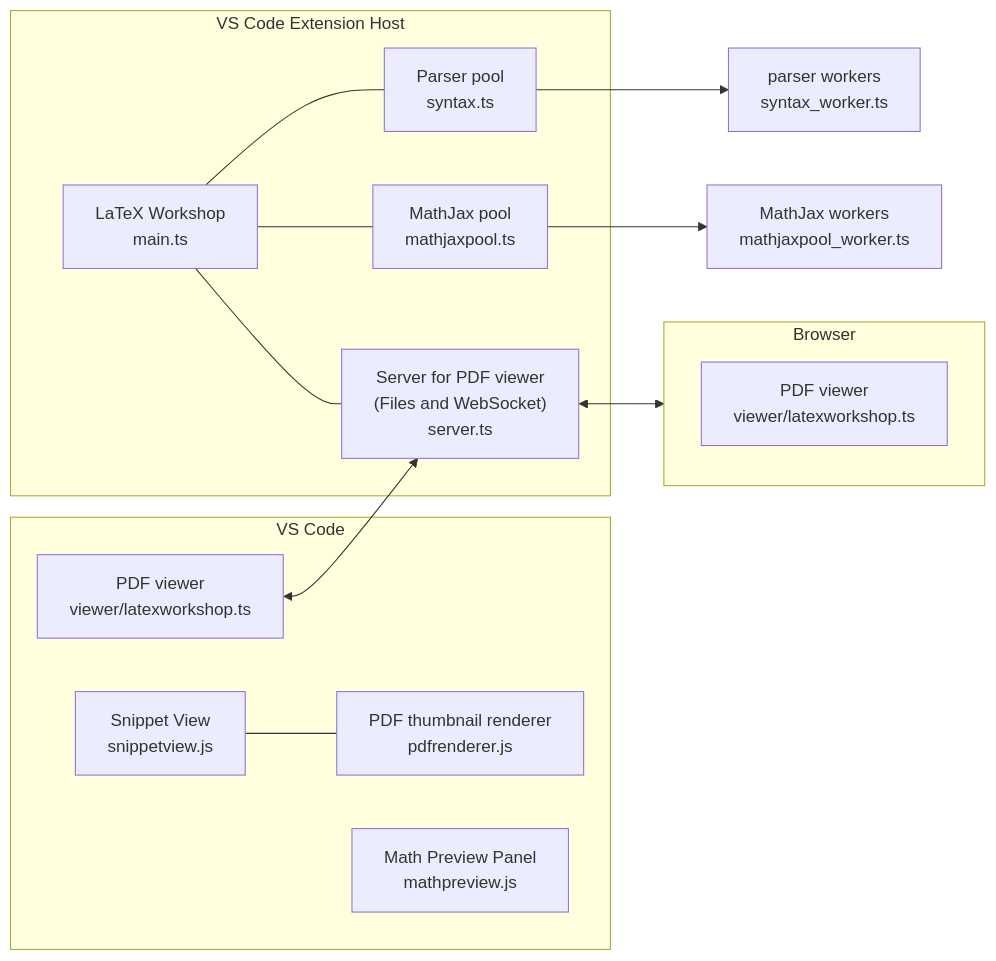
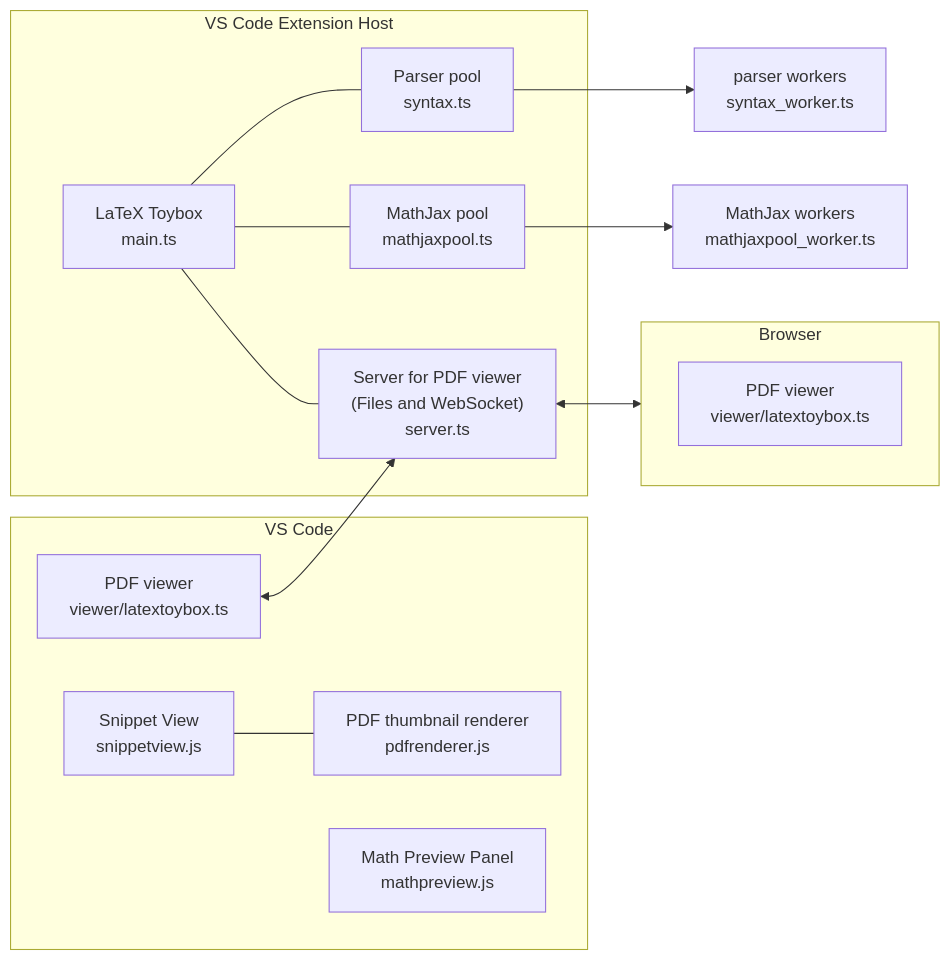
Before and after one commit to tamuratak/latex-toybox: the first of 2 diagrams in src/README.md, drawn with Mermaid.

Commit message:
minor edit [skip ci]

````diff
--- a/src/README.md
+++ b/src/README.md
@@ -39,32 +39,32 @@
 ```mermaid
 flowchart LR
   subgraph VSCode["VS Code"]
-    PDFViewer["PDF viewer\n viewer/latexworkshop.ts"]
+    PDFViewer["PDF viewer\n viewer/latextoybox.ts"]
     SnippetView["Snippet View\n snippetview.js"] --- PDFRenderer["PDF thumbnail renderer\n pdfrenderer.js"]
     MathPreview["Math Preview Panel\n mathpreview.js"]
   end
   subgraph ExtensionHost["VS Code Extension Host"]
-    LW["LaTeX Workshop\n main.ts"]
+    LW["LaTeX Toybox\n main.ts"]
     LW --- Server["Server for PDF viewer \n(Files and WebSocket)\n server.ts "];
     LW --- ParserPool["Parser pool\n syntax.ts"]
     LW --- MathJaxPool["MathJax pool\n mathjaxpool.ts"]
   end
   PDFViewer <--> Server
   Server <--> Browser
   subgraph Browser
-    PDFViewerB["PDF viewer\n viewer/latexworkshop.ts"]
+    PDFViewerB["PDF viewer\n viewer/latextoybox.ts"]
   end
   ParserPool --> ParserWorkers["parser workers\n syntax_worker.ts"]
   MathJaxPool --> MathJaxWorkers["MathJax workers\n mathjaxpool_worker.ts "]
-  click PDFViewer "https://github.com/Tamuratak/latex-toybox/blob/master/viewer/latexworkshop.ts"
-  click PDFViewerB "https://github.com/Tamuratak/latex-toybox/blob/master/viewer/latexworkshop.ts"
+  click PDFViewer "https://github.com/Tamuratak/latex-toybox/blob/master/viewer/latextoybox.ts"
+  click PDFViewerB "https://github.com/Tamuratak/latex-toybox/blob/master/viewer/latextoybox.ts"
   click SnippetView "https://github.com/Tamuratak/latex-toybox/blob/master/resources/snippetview/snippetview.js"
   click PDFRenderer "https://github.com/Tamuratak/latex-toybox/blob/master/resources/snippetview/pdfrenderer.js"
   click MathPreview "https://github.com/Tamuratak/latex-toybox/blob/master/resources/mathpreviewpanel/mathpreview.js"
   click LW "https://github.com/Tamuratak/latex-toybox/blob/master/src/main.ts"
   click Server "https://github.com/Tamuratak/latex-toybox/blob/master/src/components/server.ts"
   click ParserPool "https://github.com/Tamuratak/latex-toybox/blob/master/src/components/parser/syntax.ts"
   click MathJaxPool "https://github.com/Tamuratak/latex-toybox/blob/master/src/providers/preview/mathjaxpool.ts"
   click ParserWorkers "https://github.com/Tamuratak/latex-toybox/blob/master/src/components/parser/syntax_worker.ts"
   click MathJaxWorkers "https://github.com/Tamuratak/latex-toybox/blob/master/src/providers/preview/mathjaxpool_worker.ts"
 ```
````
